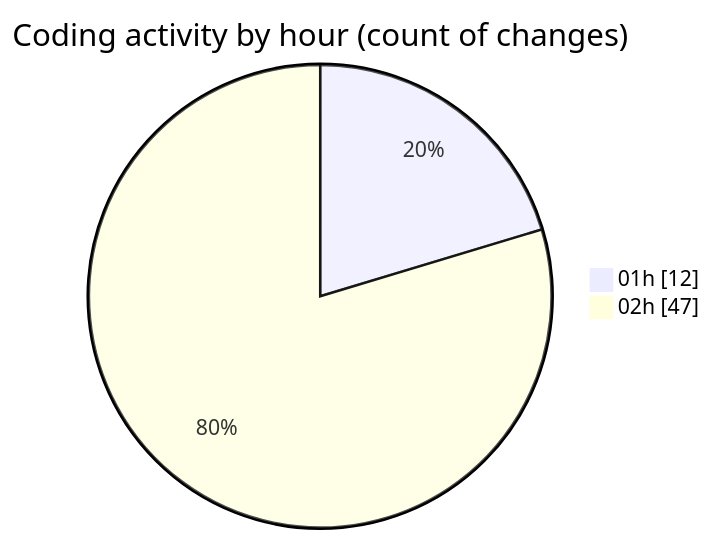
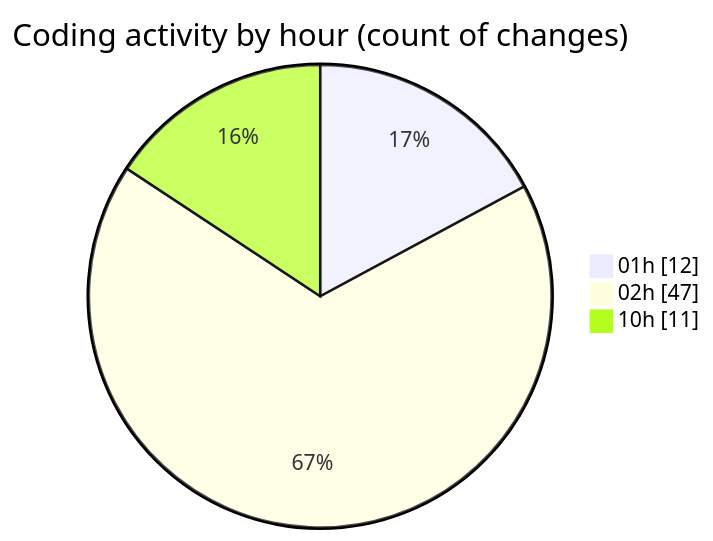
Before and after one commit to julien-gomy/code-tracking: the second of 2 diagrams in 2025-10-24/eventscop-frontend-guide__workspace_/README.md, drawn with Mermaid. The commit also changed other lines of this file and 1 other file, not shown here.

````diff
--- a/2025-10-24/eventscop-frontend-guide__workspace_/README.md
+++ b/2025-10-24/eventscop-frontend-guide__workspace_/README.md
@@ -46,6 +46,7 @@
 ```mermaid
 pie showData
 title Coding activity by hour (count of changes)
 "01h" : 12
 "02h" : 47
+"10h" : 11
 ```
````
